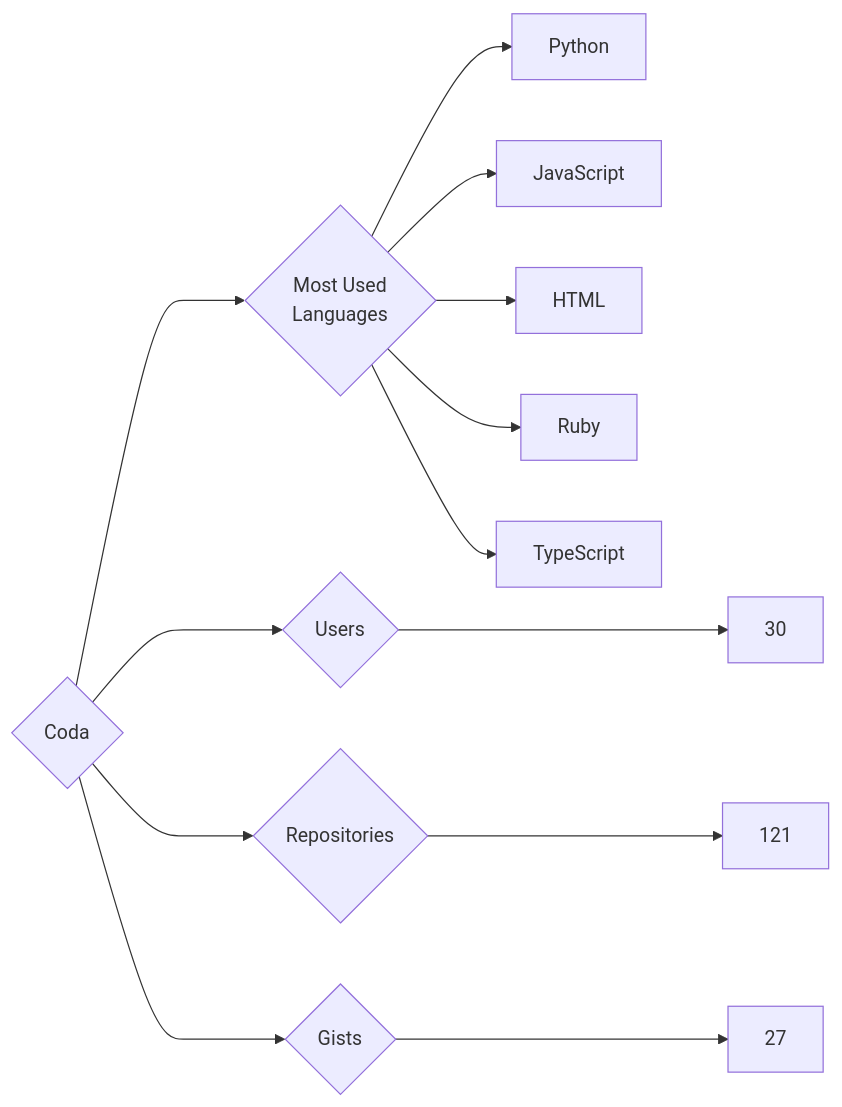
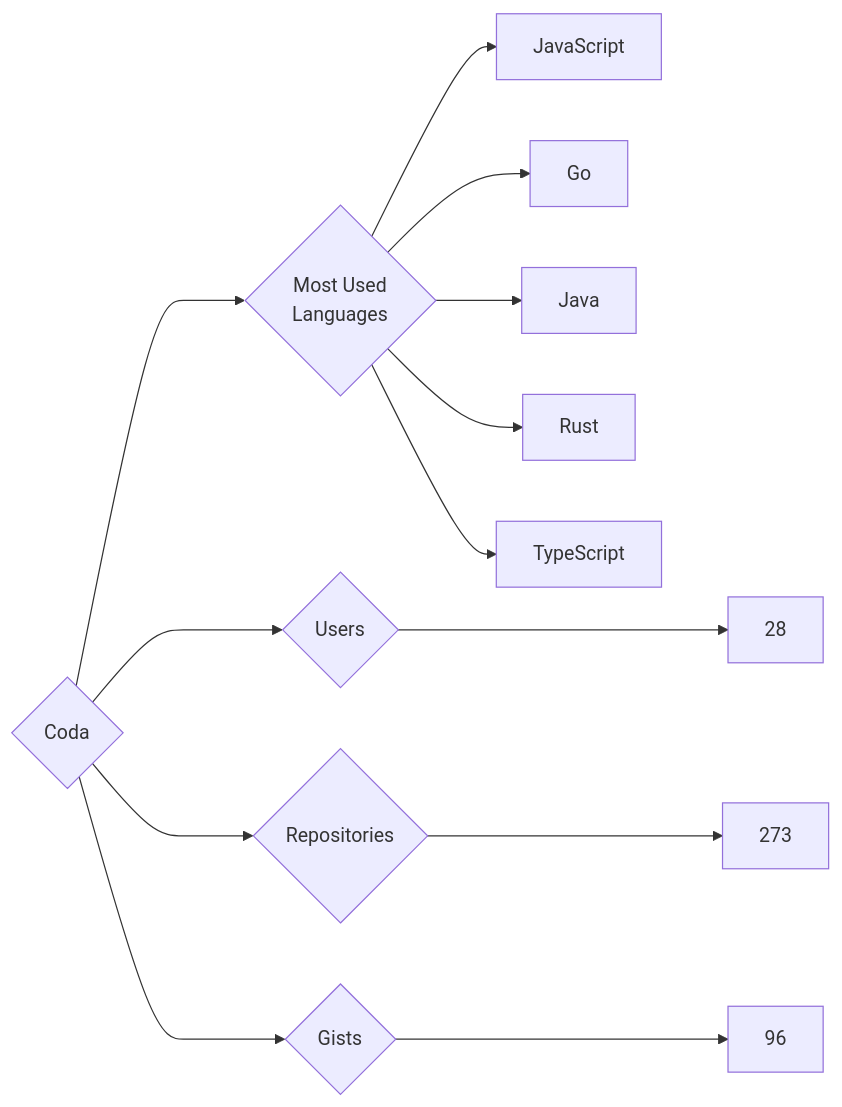
Before and after one commit to trickest/insiders: the diagram in targets/Coda/README.md, drawn with Mermaid. The commit also changed 882 other files, not shown here.

````diff
--- a/targets/Coda/README.md
+++ b/targets/Coda/README.md
@@ -3,13 +3,13 @@
 ```mermaid
 graph LR
 COMPANY_NAME{Coda}
-COMPANY_NAME ---> U{Users} ---> UN[30]
-COMPANY_NAME ---> R{Repositories} ---> RN[121]
-COMPANY_NAME ---> G{Gists} ---> GN[27]
+COMPANY_NAME ---> U{Users} ---> UN[28]
+COMPANY_NAME ---> R{Repositories} ---> RN[273]
+COMPANY_NAME ---> G{Gists} ---> GN[96]
 COMPANY_NAME ---> ML{Most Used<br>Languages}
-ML --> Python[Python]
 ML --> JavaScript[JavaScript]
-ML --> HTML[HTML]
-ML --> Ruby[Ruby]
+ML --> Go[Go]
+ML --> Java[Java]
+ML --> Rust[Rust]
 ML --> TypeScript[TypeScript]
 ```
````
